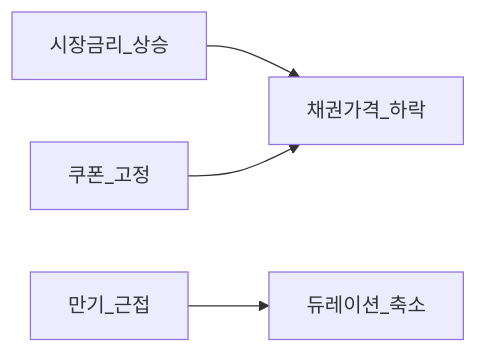
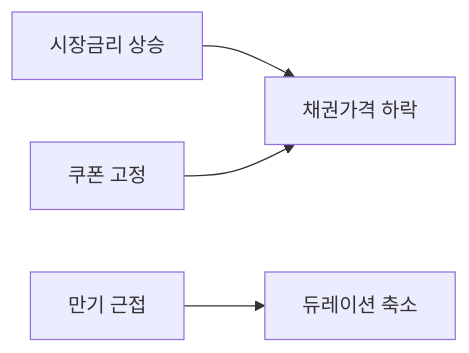
One commit to goldanghenry/Finances changed the first of 3 diagrams in 03-markets/bonds-fixed-income-deep.md. Above: the diagram before and after it, drawn with Mermaid. The commit also changed other lines of this file and 211 other files, not shown here.

````diff
--- a/03-markets/bonds-fixed-income-deep.md
+++ b/03-markets/bonds-fixed-income-deep.md
@@ -110,6 +117,6 @@
 ```mermaid
 flowchart LR
-  Rate[시장금리_상승] --> Price[채권가격_하락]
-  Coupon[쿠폰_고정] --> Price
-  Mat[만기_근접] --> Dur[듀레이션_축소]
+  Rate["시장금리 상승"] --> Price["채권가격 하락"]
+  Coupon["쿠폰 고정"] --> Price
+  Mat["만기 근접"] --> Dur["듀레이션 축소"]
 ```
````
